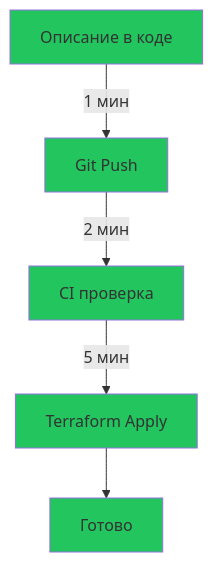
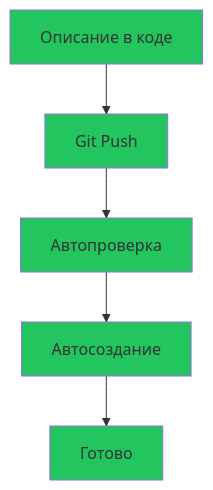
The third of 3 diagrams in default/arch_slides.md (Saske912/presentation), drawn with Mermaid before and after one commit. The commit also changed other lines of this file, not shown here.

````diff
--- a/default/arch_slides.md
+++ b/default/arch_slides.md
@@ -213,13 +220,13 @@
 ```mermaid
 graph TD
-    A[Описание в коде] -->|1 мин| B[Git Push]
-    B -->|2 мин| C[CI проверка]
-    C -->|5 мин| D[Terraform Apply]
+    A[Описание в коде] --> B[Git Push]
+    B --> C[Автопроверка]
+    C --> D[Автосоздание]
     D --> E[Готово]
     
     style A fill:#22c55e
     style B fill:#22c55e
     style C fill:#22c55e
     style D fill:#22c55e
     style E fill:#22c55e
 ```
````
